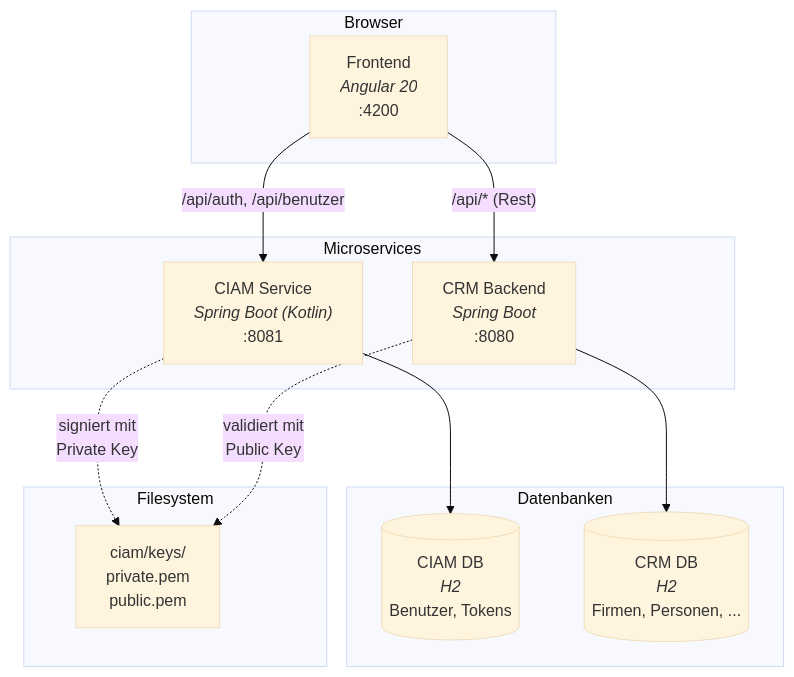
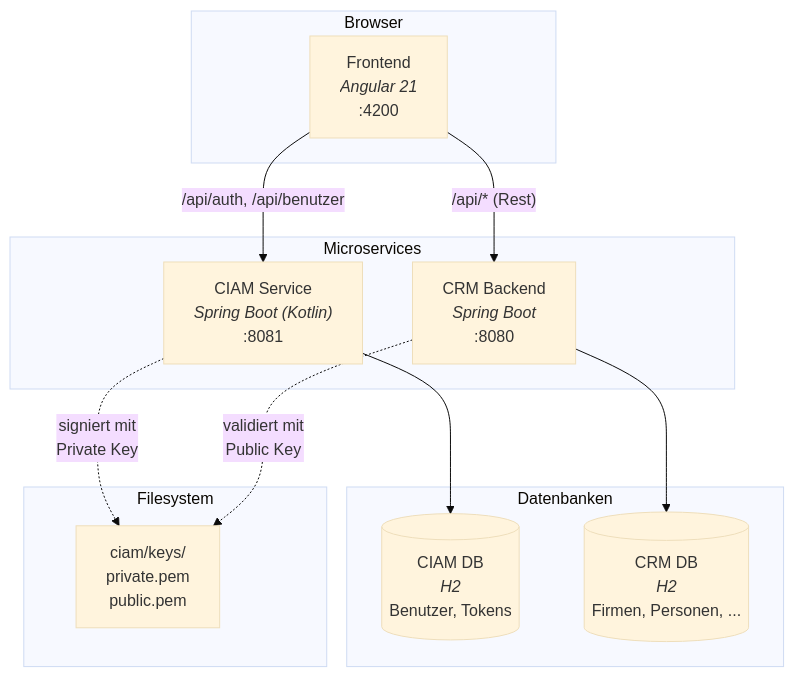
Before and after one commit to atra-consulting/coding-with-ai-lab: the first of 8 diagrams in docs/architecture.md, drawn with Mermaid (base theme). The commit also changed other lines of this file and 13 other files, not shown here.

````diff
--- a/docs/architecture.md
+++ b/docs/architecture.md
@@ -55,29 +55,29 @@
 ```mermaid
 graph TB
     subgraph Browser
-        FE["Frontend<br/><i>Angular 20</i><br/>:4200"]
+        FE["Frontend<br/><i>Angular 21</i><br/>:4200"]
     end
 
     subgraph "Microservices"
         CIAM["CIAM Service<br/><i>Spring Boot (Kotlin)</i><br/>:8081"]
         CRM["CRM Backend<br/><i>Spring Boot</i><br/>:8080"]
     end
 
     subgraph "Datenbanken"
         CIAMDB[("CIAM DB<br/><i>H2</i><br/>Benutzer, Tokens")]
         CRMDB[("CRM DB<br/><i>H2</i><br/>Firmen, Personen, ...")]
     end
 
     subgraph "Filesystem"
         KEYS["ciam/keys/<br/>private.pem<br/>public.pem"]
     end
 
     FE -- "/api/auth, /api/benutzer" --> CIAM
     FE -- "/api/* (Rest)" --> CRM
 
     CIAM --> CIAMDB
     CRM --> CRMDB
 
     CIAM -. "signiert mit<br/>Private Key" .-> KEYS
     CRM -. "validiert mit<br/>Public Key" .-> KEYS
 ```
````
